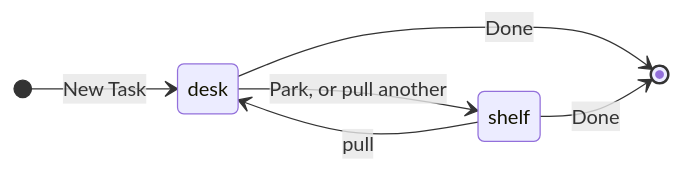
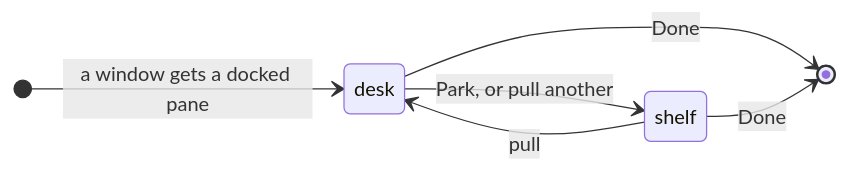
The first of 3 diagrams in docs/specs/desk.md (jemdiggity/kanna-v4), drawn with Mermaid before and after one commit. The commit also changed other lines of this file and 7 other files, not shown here.

Commit message:
Desk: agent docked beside the window's tabs (new docked pane spec replaces tab groups); no path bar, file tree or New Task; agent status is its own spec

````diff
--- a/docs/specs/desk.md
+++ b/docs/specs/desk.md
@@ -26,9 +25,9 @@
 ```mermaid
 stateDiagram-v2
     direction LR
-    [*] --> desk: New Task
+    [*] --> desk: a window gets a docked pane
     desk --> shelf: Park, or pull another
     shelf --> desk: pull
     desk --> [*]: Done
     shelf --> [*]: Done
 ```
````
